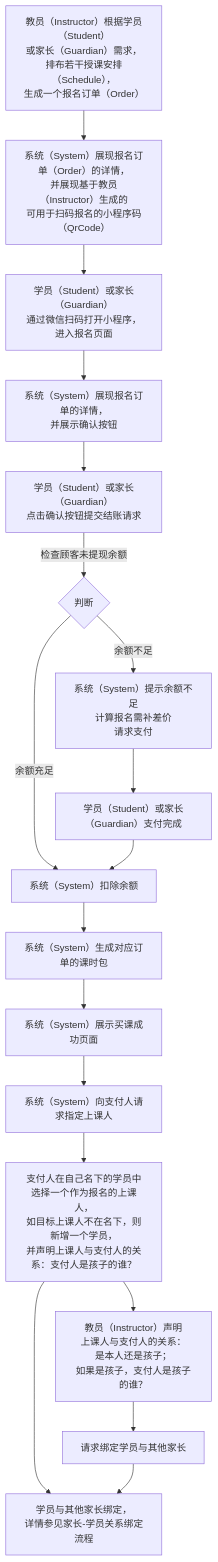
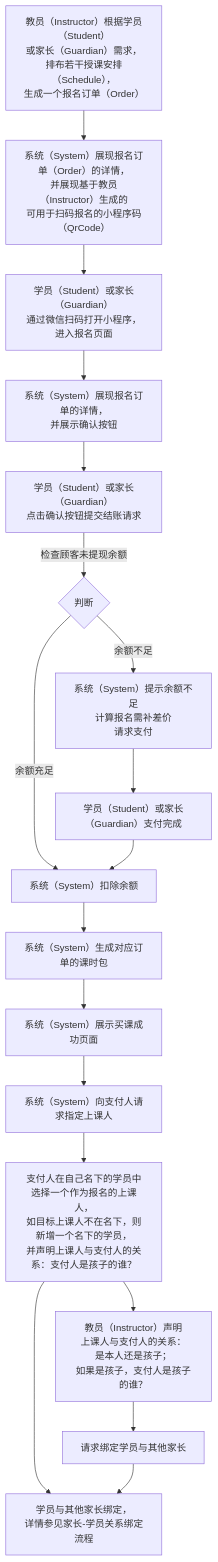
One commit to world-wide-web/sign changed the diagram in 用例/报名.md. Above: the diagram before and after it, drawn with Mermaid. The commit also changed other lines of this file, not shown here.

````diff
--- a/用例/报名.md
+++ b/用例/报名.md
@@ -7,53 +7,53 @@
 ```mermaid
 graph TD
 
 生成报名订单-->生成报名码
 生成报名码-->扫码报名
 扫码报名-->展现报名订单
 展现报名订单-->确认并提交结账请求
 确认并提交结账请求--检查顾客未提现余额-->检查顾客未提现余额
 检查顾客未提现余额--余额充足-->扣除余额
 检查顾客未提现余额--余额不足-->请求支付
 请求支付-->支付完成
 支付完成-->扣除余额
 扣除余额-->生成课时包
 生成课时包-->提示买课成功
 提示买课成功-->请求身份声明
 请求身份声明-->指定上课人
 指定上课人-->教员代理身份声明
 教员代理身份声明-->请求绑定学员与其他家长
 指定上课人-->学员与其他家长绑定
 请求绑定学员与其他家长-->学员与其他家长绑定
 
 生成报名订单["<center>教员（Instructor）根据学员（Student）<br>或家长（Guardian）需求，<br>排布若干授课安排（Schedule），<br>生成一个报名订单（Order）</center>"]
 
 生成报名码["<center>系统（System）展现报名订单（Order）的详情，<br>并展现基于教员（Instructor）生成的<br>可用于扫码报名的小程序码（QrCode）</center>"]
 
 扫码报名["<center>学员（Student）或家长（Guardian）<br>通过微信扫码打开小程序，进入报名页面</center>"]
 
 展现报名订单["<center>系统（System）展现报名订单的详情，<br>并展示确认按钮</center>"]
 
 确认并提交结账请求["<center>学员（Student）或家长（Guardian）<br>点击确认按钮提交结账请求</center>"]
 
 检查顾客未提现余额{判断}
 
 请求支付["<center>系统（System）提示余额不足<br>计算报名需补差价<br>请求支付</center>"]
 
 支付完成["<center>学员（Student）或家长（Guardian）支付完成</center>"]
 
 扣除余额["<center>系统（System）扣除余额</center>"]
 
 生成课时包["<center>系统（System）生成对应订单的课时包</center>"]
 
 提示买课成功["<center>系统（System）展示买课成功页面</center>"]
 
 请求身份声明["<center>系统（System）向支付人请求指定上课人</center>"]
 
-指定上课人["<center>支付人在自己名下的学员中选择一个作为报名的上课人，<br>如目标上课人不在名下，则新增一个学员，<br>并声明上课人与支付人的关系：支付人是孩子的谁？</center>"]
+指定上课人["<center>支付人在自己名下的学员中选择一个作为报名的上课人，<br>如目标上课人不在名下，则新增一个名下的学员，<br>并声明上课人与支付人的关系：支付人是孩子的谁？</center>"]
 
 教员代理身份声明["<center>教员（Instructor）声明<br>上课人与支付人的关系：<br>是本人还是孩子；<br>如果是孩子，支付人是孩子的谁？</center>"]
 
 请求绑定学员与其他家长
 
 学员与其他家长绑定["<center>学员与其他家长绑定，<br>详情参见家长-学员关系绑定流程</center>"]
 ```
````
